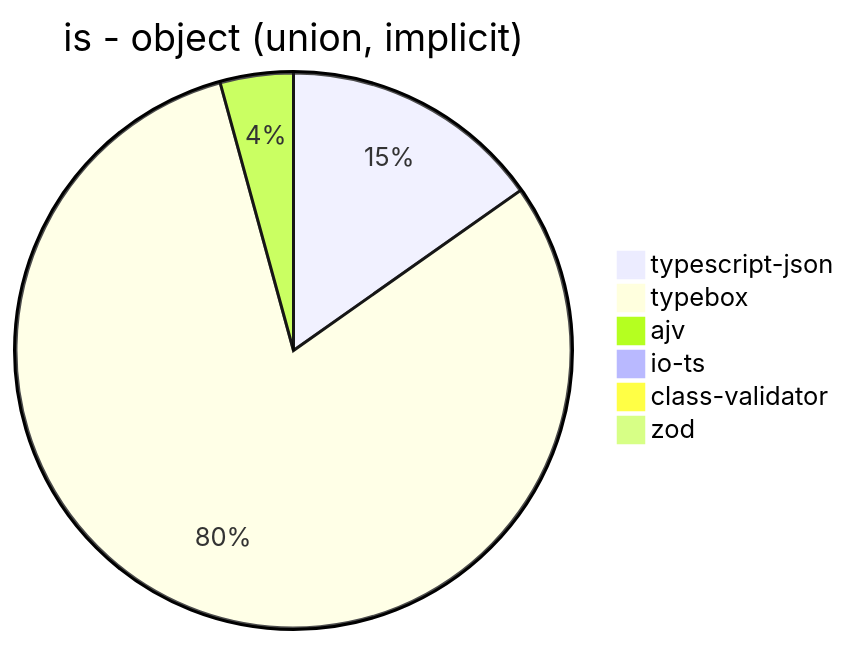
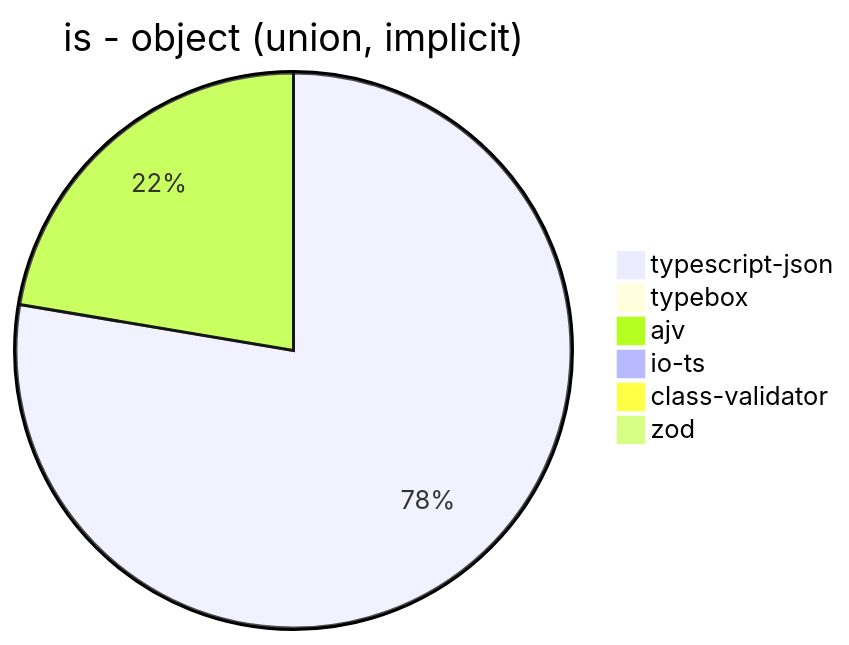
Before and after one commit to samchon/typia: the fourth of 39 diagrams in benchmark/results/AMD Ryzen 7 5800H with Radeon Graphics.md, drawn with Mermaid. The commit also changed other lines of this file and 3 other files, not shown here.

````diff
--- a/benchmark/results/AMD Ryzen 7 5800H with Radeon Graphics.md
+++ b/benchmark/results/AMD Ryzen 7 5800H with Radeon Graphics.md
@@ -54,9 +54,9 @@
 ```mermaid
 pie title is - object (union, implicit)
-  "typescript-json": 14827.103664150249
-  "typebox": 78396.14830813535
-  "ajv": 4143.194192377496
+  "typescript-json": 14319.751507399964
+  "typebox": 0
+  "ajv": 4122.382671480144
   "io-ts": 0
-  "class-validator": 15.32846715328467
-  "zod": 45.854732208363906
+  "class-validator": 15.39032078620434
+  "zod": 18.78021569356638
 ```
````
